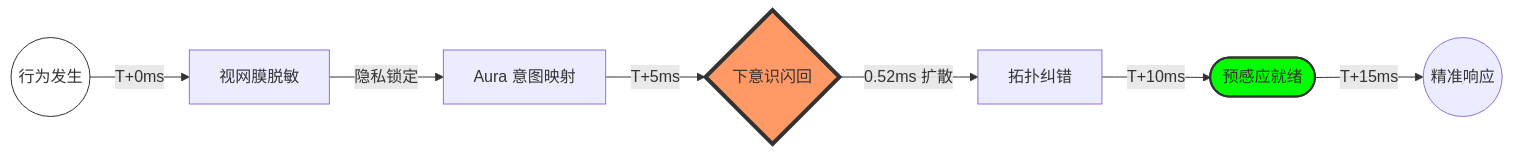
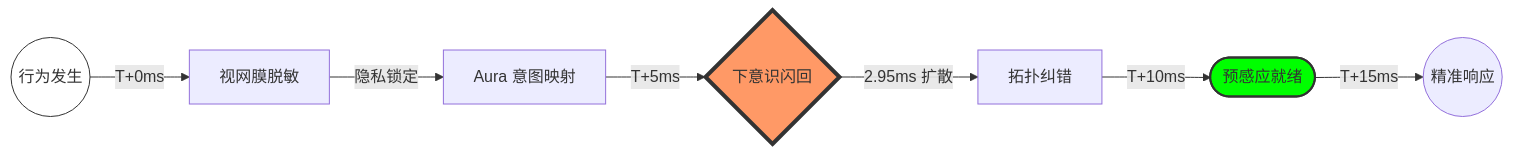
One commit to YoKONCy/PeroCore changed the first of 2 diagrams in README.md. Above: the diagram before and after it, drawn with Mermaid. The commit also changed other lines of this file and 6 other files, not shown here.

Commit message:
docs: update architecture docs and refine core performance descriptions

````diff
--- a/README.md
+++ b/README.md
@@ -214,13 +216,13 @@
 ```mermaid
 flowchart LR
     Start((行为发生)) -- T+0ms --> Retina[视网膜脱敏]
     Retina -- "隐私锁定" --> Aura[Aura 意图映射]
     Aura -- T+5ms --> Flashback{下意识闪回}
-    Flashback -- "0.52ms 扩散" --> Topology[拓扑纠错]
+    Flashback -- "2.95ms 扩散" --> Topology[拓扑纠错]
     Topology -- T+10ms --> Ready([预感应就绪])
     Ready -- T+15ms --> User((精准响应))
 
     style Flashback fill:#f96,stroke:#333,stroke-width:4px
     style Ready fill:#00ff00,stroke:#333,stroke-width:2px
     style Start fill:#fff,stroke:#333
 ```
````
